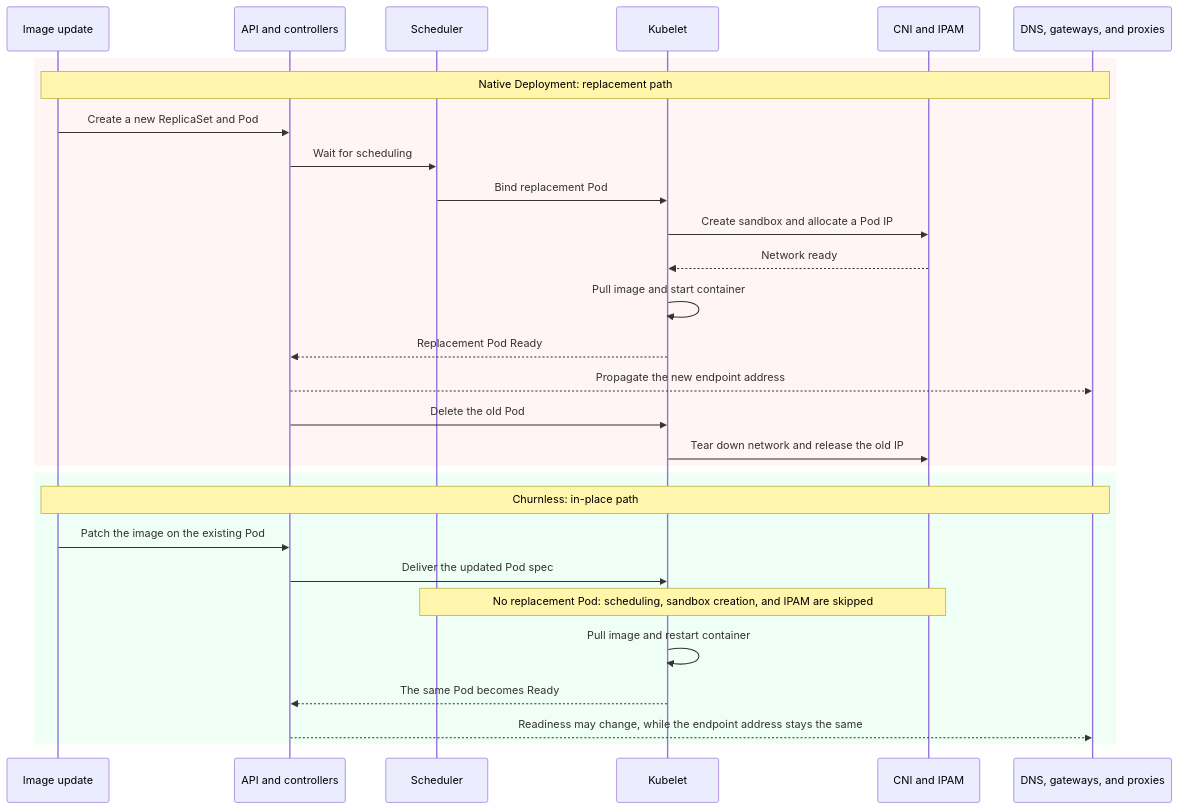
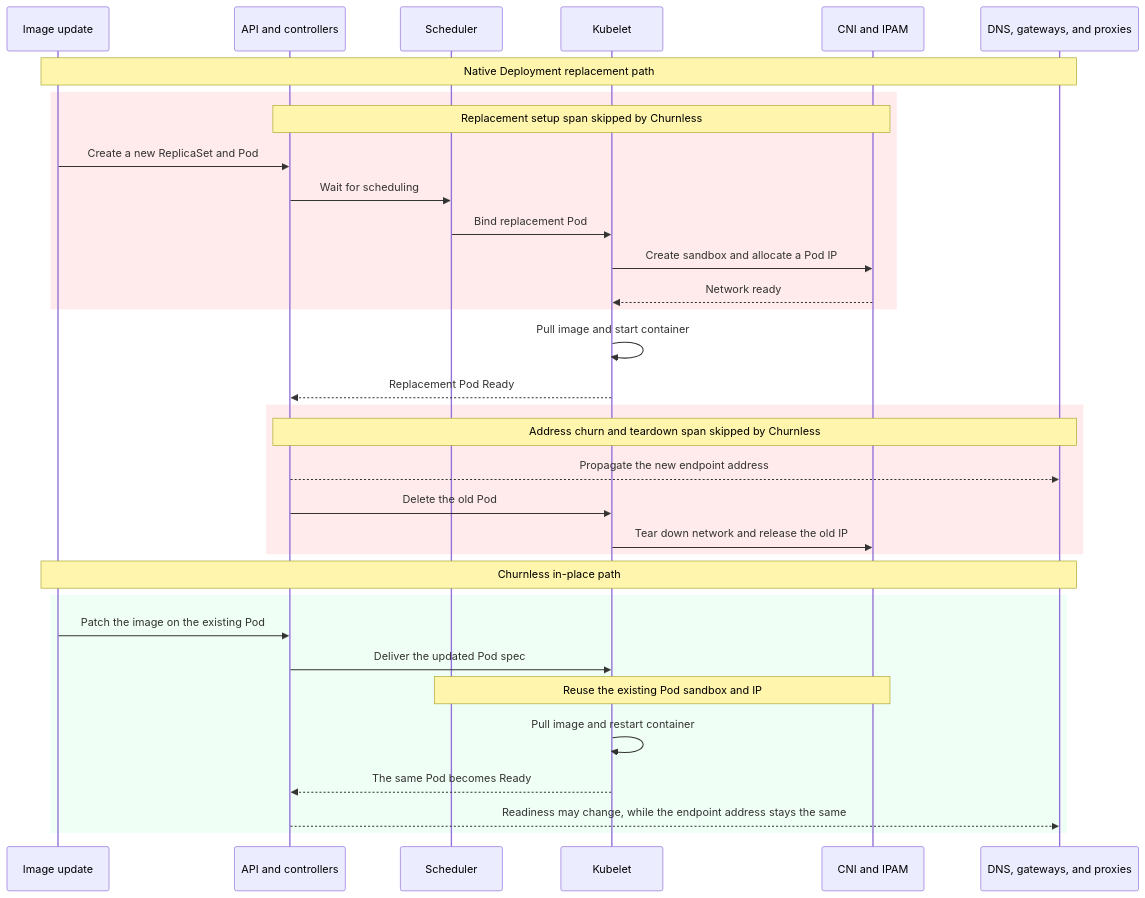
One commit to hanlins/churnless changed the diagram in README.md. Above: the diagram before and after it, drawn with Mermaid. The commit also changed other lines of this file, not shown here.

Commit message:
docs: highlight rollout work skipped by Churnless

````diff
--- a/README.md
+++ b/README.md
@@ -36,33 +36,37 @@
 ```mermaid
 sequenceDiagram
     participant Change as Image update
     participant Control as API and controllers
     participant Scheduler
     participant Kubelet
     participant Network as CNI and IPAM
     participant DataPlane as DNS, gateways, and proxies
 
-    rect rgb(255, 245, 245)
-        Note over Change,DataPlane: Native Deployment: replacement path
+    Note over Change,DataPlane: Native Deployment replacement path
+    rect rgb(255, 235, 235)
+        Note over Control,Network: Replacement setup span skipped by Churnless
         Change->>Control: Create a new ReplicaSet and Pod
         Control->>Scheduler: Wait for scheduling
         Scheduler->>Kubelet: Bind replacement Pod
         Kubelet->>Network: Create sandbox and allocate a Pod IP
         Network-->>Kubelet: Network ready
-        Kubelet->>Kubelet: Pull image and start container
-        Kubelet-->>Control: Replacement Pod Ready
+    end
+    Kubelet->>Kubelet: Pull image and start container
+    Kubelet-->>Control: Replacement Pod Ready
+    rect rgb(255, 235, 235)
+        Note over Control,DataPlane: Address churn and teardown span skipped by Churnless
         Control-->>DataPlane: Propagate the new endpoint address
         Control->>Kubelet: Delete the old Pod
         Kubelet->>Network: Tear down network and release the old IP
     end
 
+    Note over Change,DataPlane: Churnless in-place path
     rect rgb(240, 255, 245)
-        Note over Change,DataPlane: Churnless: in-place path
         Change->>Control: Patch the image on the existing Pod
         Control->>Kubelet: Deliver the updated Pod spec
-        Note over Scheduler,Network: No replacement Pod: scheduling, sandbox creation, and IPAM are skipped
+        Note over Scheduler,Network: Reuse the existing Pod sandbox and IP
         Kubelet->>Kubelet: Pull image and restart container
         Kubelet-->>Control: The same Pod becomes Ready
         Control-->>DataPlane: Readiness may change, while the endpoint address stays the same
     end
 ```
````
